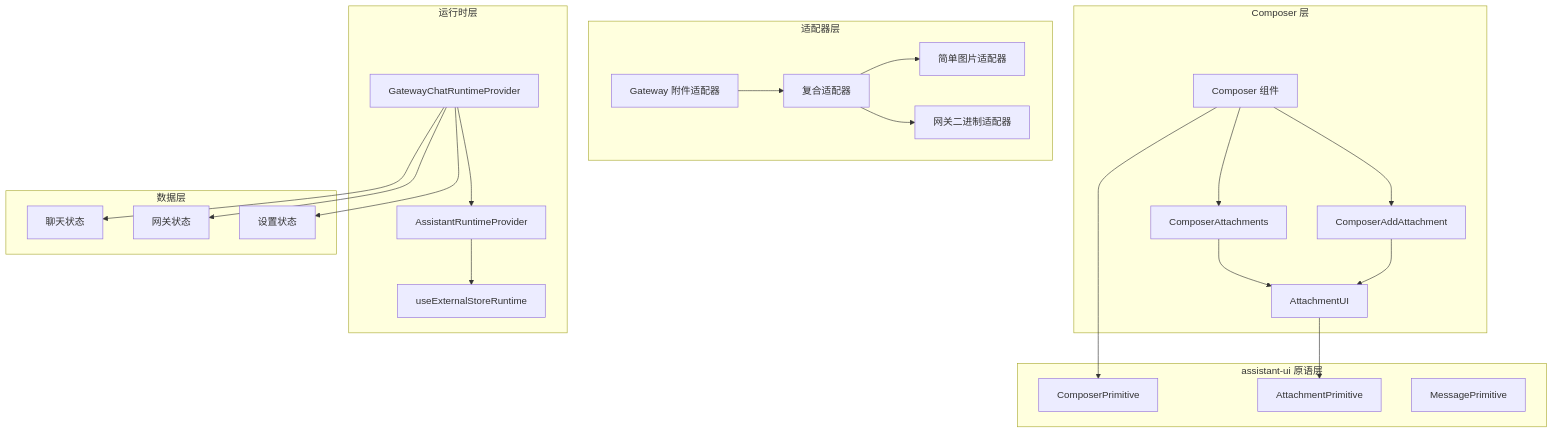
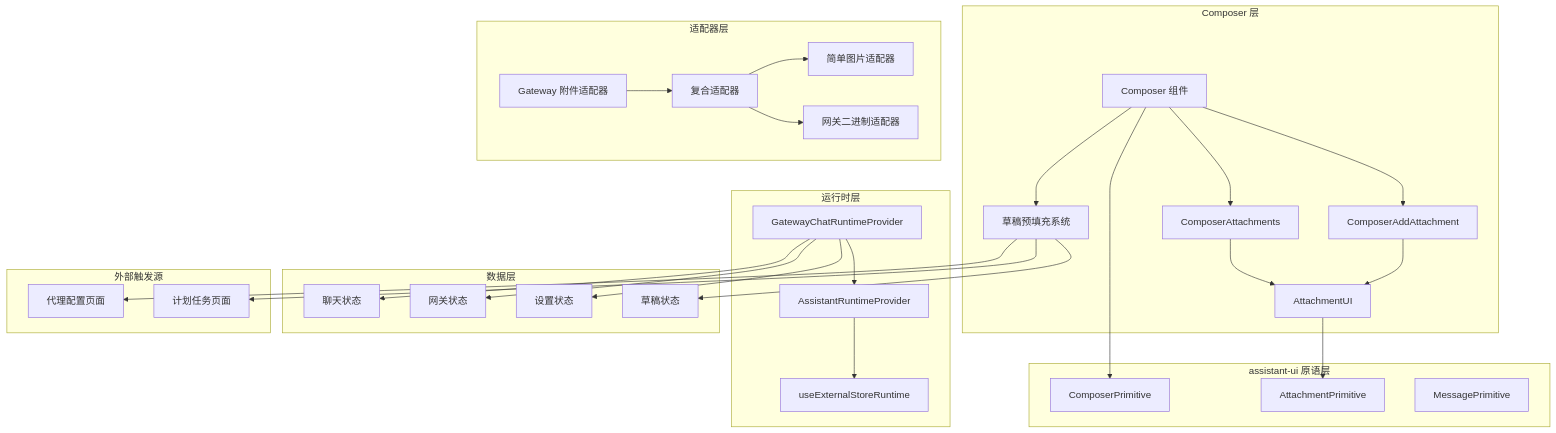
One commit to verse-ai-org/openclaw changed the fourth of 12 diagrams in .qoder/repowiki/zh/content/Composer Component.md. Above: the diagram before and after it, drawn with Mermaid. The commit also changed other lines of this file and 55 other files, not shown here.

````diff
--- a/.qoder/repowiki/zh/content/Composer Component.md
+++ b/.qoder/repowiki/zh/content/Composer Component.md
@@ -164,44 +205,54 @@
 ```mermaid
 graph TB
 subgraph "Composer 层"
 Composer[Composer 组件]
 ComposerAttachments[ComposerAttachments]
 ComposerAddAttachment[ComposerAddAttachment]
 AttachmentUI[AttachmentUI]
+DraftPrefillSystem[草稿预填充系统]
 end
 subgraph "assistant-ui 原语层"
 ComposerPrimitive[ComposerPrimitive]
 AttachmentPrimitive[AttachmentPrimitive]
 MessagePrimitive[MessagePrimitive]
 end
 subgraph "适配器层"
 GatewayAttachmentAdapter[Gateway 附件适配器]
 CompositeAttachmentAdapter[复合适配器]
 SimpleImageAttachmentAdapter[简单图片适配器]
 GatewayBinaryAttachmentAdapter[网关二进制适配器]
 end
 subgraph "运行时层"
 GatewayChatRuntimeProvider[GatewayChatRuntimeProvider]
 AssistantRuntimeProvider[AssistantRuntimeProvider]
 useExternalStoreRuntime[useExternalStoreRuntime]
 end
 subgraph "数据层"
 ChatStore[聊天状态]
 GatewayStore[网关状态]
 SettingsStore[设置状态]
+DraftStore[草稿状态]
+end
+subgraph "外部触发源"
+AgentProfile[代理配置页面]
+ScheduledTasks[计划任务页面]
 end
 Composer --> ComposerAttachments
 Composer --> ComposerAddAttachment
+Composer --> DraftPrefillSystem
 ComposerAttachments --> AttachmentUI
 ComposerAddAttachment --> AttachmentUI
 AttachmentUI --> AttachmentPrimitive
 Composer --> ComposerPrimitive
+DraftPrefillSystem --> DraftStore
+DraftPrefillSystem --> AgentProfile
+DraftPrefillSystem --> ScheduledTasks
 GatewayAttachmentAdapter --> CompositeAttachmentAdapter
 CompositeAttachmentAdapter --> SimpleImageAttachmentAdapter
 CompositeAttachmentAdapter --> GatewayBinaryAttachmentAdapter
 GatewayChatRuntimeProvider --> AssistantRuntimeProvider
 AssistantRuntimeProvider --> useExternalStoreRuntime
 GatewayChatRuntimeProvider --> ChatStore
 GatewayChatRuntimeProvider --> GatewayStore
 GatewayChatRuntimeProvider --> SettingsStore
 ```
````
